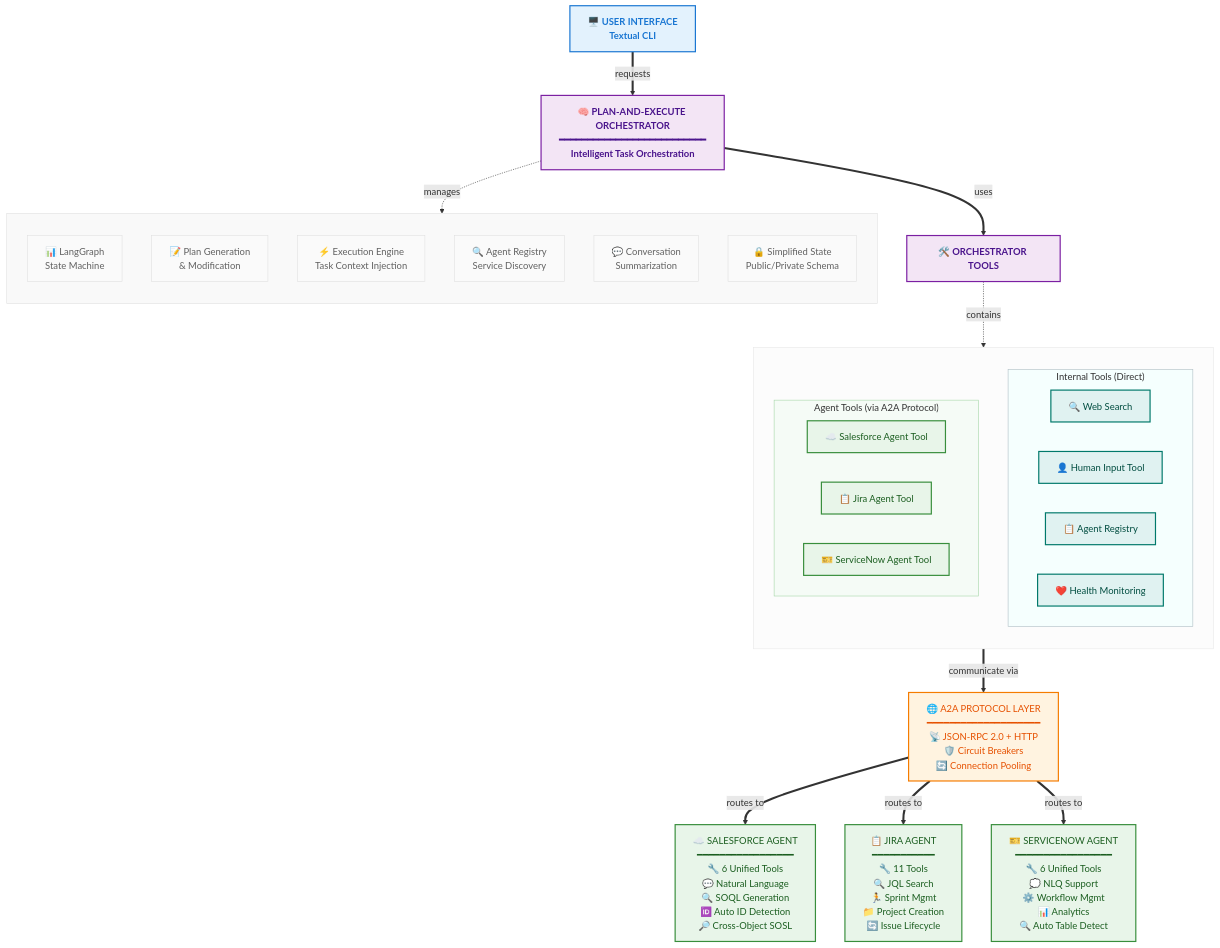
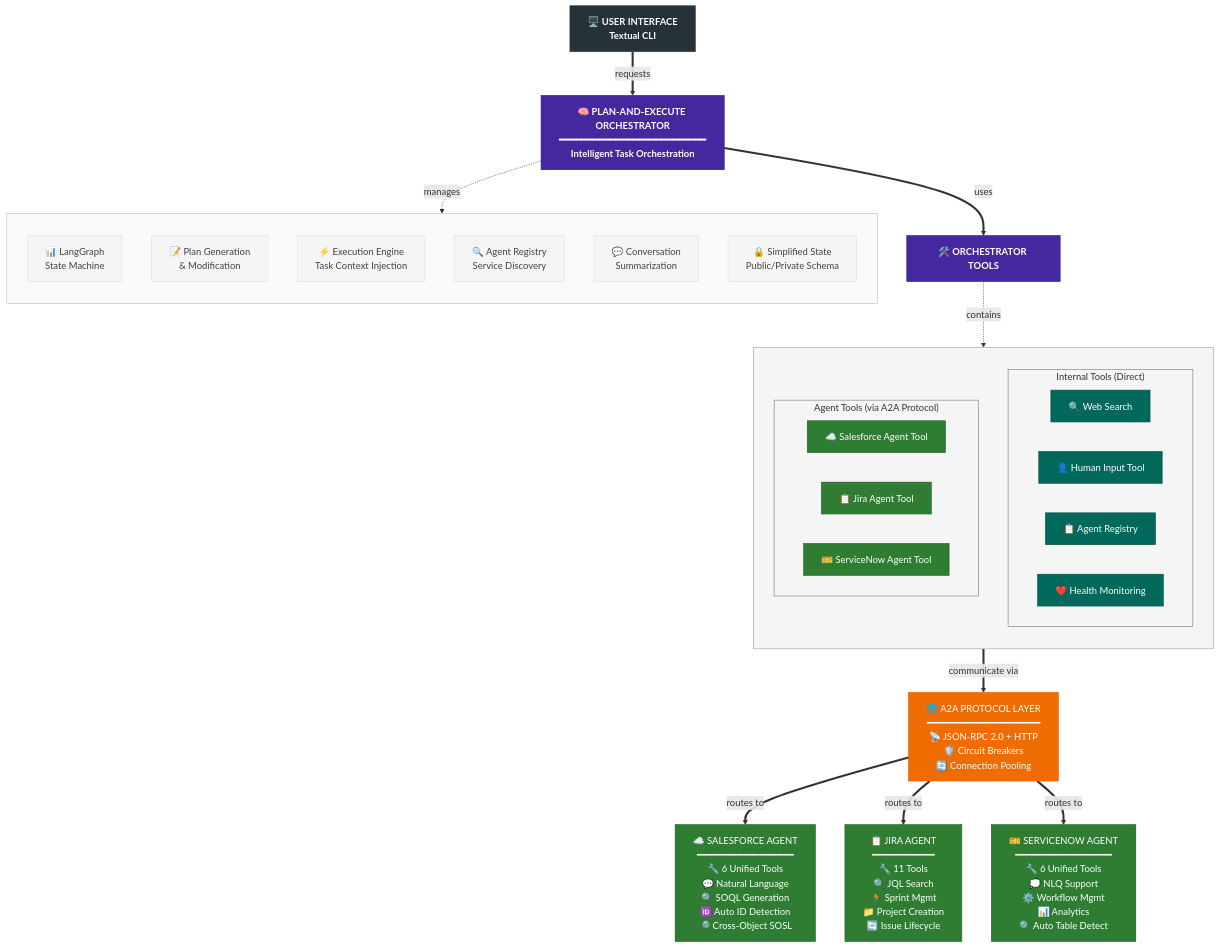
Before and after one commit to nickpeterson92/consultant-assistant: the first of 3 diagrams in docs/guides/comprehensive-onboarding-guide.md, drawn with Mermaid.

Commit message:
better be good

````diff
--- a/docs/guides/comprehensive-onboarding-guide.md
+++ b/docs/guides/comprehensive-onboarding-guide.md
@@ -242,69 +242,69 @@
 ```mermaid
 flowchart TB
-    %% Modern, sleek color scheme with semi-transparent styling
-    classDef uiClass fill:#e3f2fd,stroke:#1976d2,stroke-width:2px,color:#1976d2,font-weight:bold
-    classDef orchestratorClass fill:#f3e5f5,stroke:#7b1fa2,stroke-width:2px,color:#4a148c,font-weight:bold
-    classDef protocolClass fill:#fff3e0,stroke:#f57c00,stroke-width:2px,color:#e65100
-    classDef agentToolClass fill:#e8f5e9,stroke:#388e3c,stroke-width:2px,color:#1b5e20
-    classDef internalToolClass fill:#e0f2f1,stroke:#00796b,stroke-width:2px,color:#004d40
-    classDef componentClass fill:#fafafa,stroke:#e0e0e0,stroke-width:1px,color:#616161
+    %% Modern, sleek color scheme with subtle, muted tones
+    classDef uiClass fill:#263238,stroke:#37474f,stroke-width:1px,color:#ffffff,font-weight:bold
+    classDef orchestratorClass fill:#4527a0,stroke:#311b92,stroke-width:1px,color:#ffffff,font-weight:bold
+    classDef protocolClass fill:#ef6c00,stroke:#e65100,stroke-width:1px,color:#ffffff
+    classDef agentToolClass fill:#2e7d32,stroke:#1b5e20,stroke-width:1px,color:#ffffff
+    classDef internalToolClass fill:#00695c,stroke:#004d40,stroke-width:1px,color:#ffffff
+    classDef componentClass fill:#f5f5f5,stroke:#e0e0e0,stroke-width:1px,color:#424242
     
     %% User Interface Layer
     UI[🖥️ USER INTERFACE<br>Textual CLI]:::uiClass
     
     %% Main Orchestrator
     UI ==>|"requests"| ORCH[🧠 PLAN-AND-EXECUTE ORCHESTRATOR<br>━━━━━━━━━━━━━━━━━━━━━━━━━━<br>Intelligent Task Orchestration]:::orchestratorClass
     
     %% Core Components with semi-transparent styling
     subgraph components[" "]
         direction TB
         LG[📊 LangGraph<br>State Machine]:::componentClass
         PG[📝 Plan Generation<br>& Modification]:::componentClass
         EE[⚡ Execution Engine<br>Task Context Injection]:::componentClass
         AR[🔍 Agent Registry<br>Service Discovery]:::componentClass
         CS[💬 Conversation<br>Summarization]:::componentClass
         SS[🔒 Simplified State<br>Public/Private Schema]:::componentClass
     end
     
     %% All Tools under one umbrella
     ORCH ==>|"uses"| TOOLS[🛠️ ORCHESTRATOR TOOLS]:::orchestratorClass
     
     %% Tools subgraph containing both types
     subgraph tools[" "]
         direction TB
         
         %% Internal Tools (Direct)
         subgraph internal["Internal Tools (Direct)"]
             WS[🔍 Web Search]:::internalToolClass
             HI[👤 Human Input Tool]:::internalToolClass
             REG[📋 Agent Registry]:::internalToolClass
             HM[❤️ Health Monitoring]:::internalToolClass
         end
         
         %% Agent Tools (via A2A)
         subgraph agents["Agent Tools (via A2A Protocol)"]
             SFT[☁️ Salesforce Agent Tool]:::agentToolClass
             JT[📋 Jira Agent Tool]:::agentToolClass
             SNT[🎫 ServiceNow Agent Tool]:::agentToolClass
         end
     end
     
     TOOLS -.->|contains| tools
     
     %% A2A Protocol connection from agent tools
     agents ==>|"communicate via"| PROTOCOL[🌐 A2A PROTOCOL LAYER<br>━━━━━━━━━━━━━━━━━━━━<br>📡 JSON-RPC 2.0 + HTTP<br>🛡️ Circuit Breakers<br>🔄 Connection Pooling]:::protocolClass
     
     %% Remote Agents
     PROTOCOL ==>|"routes to"| SF[☁️ SALESFORCE AGENT<br>━━━━━━━━━━━━━━━━━<br>🔧 6 Unified Tools<br>💬 Natural Language<br>🔍 SOQL Generation<br>🆔 Auto ID Detection<br>🔎 Cross-Object SOSL]:::agentToolClass
     
     PROTOCOL ==>|"routes to"| JIRA[📋 JIRA AGENT<br>━━━━━━━━━━━<br>🔧 11 Tools<br>🔍 JQL Search<br>🏃 Sprint Mgmt<br>📁 Project Creation<br>🔄 Issue Lifecycle]:::agentToolClass
     
     PROTOCOL ==>|"routes to"| SN[🎫 SERVICENOW AGENT<br>━━━━━━━━━━━━━━━━━<br>🔧 6 Unified Tools<br>💭 NLQ Support<br>⚙️ Workflow Mgmt<br>📊 Analytics<br>🔍 Auto Table Detect]:::agentToolClass
     
     %% Styling adjustments
     ORCH -.->|manages| components
-    style components fill:#f9f9f9,stroke:#e0e0e0,stroke-width:1px
-    style tools fill:#fcfcfc,stroke:#e8e8e8,stroke-width:1px
-    style internal fill:#f5fffe,stroke:#b0bec5,stroke-width:1px
-    style agents fill:#f5fbf6,stroke:#a5d6a7,stroke-width:1px
+    style components fill:#fafafa,stroke:#bdbdbd,stroke-width:1px
+    style tools fill:#f5f5f5,stroke:#9e9e9e,stroke-width:1px
+    style internal fill:#f5f5f5,stroke:#757575,stroke-width:1px
+    style agents fill:#f5f5f5,stroke:#757575,stroke-width:1px
 ```
````
